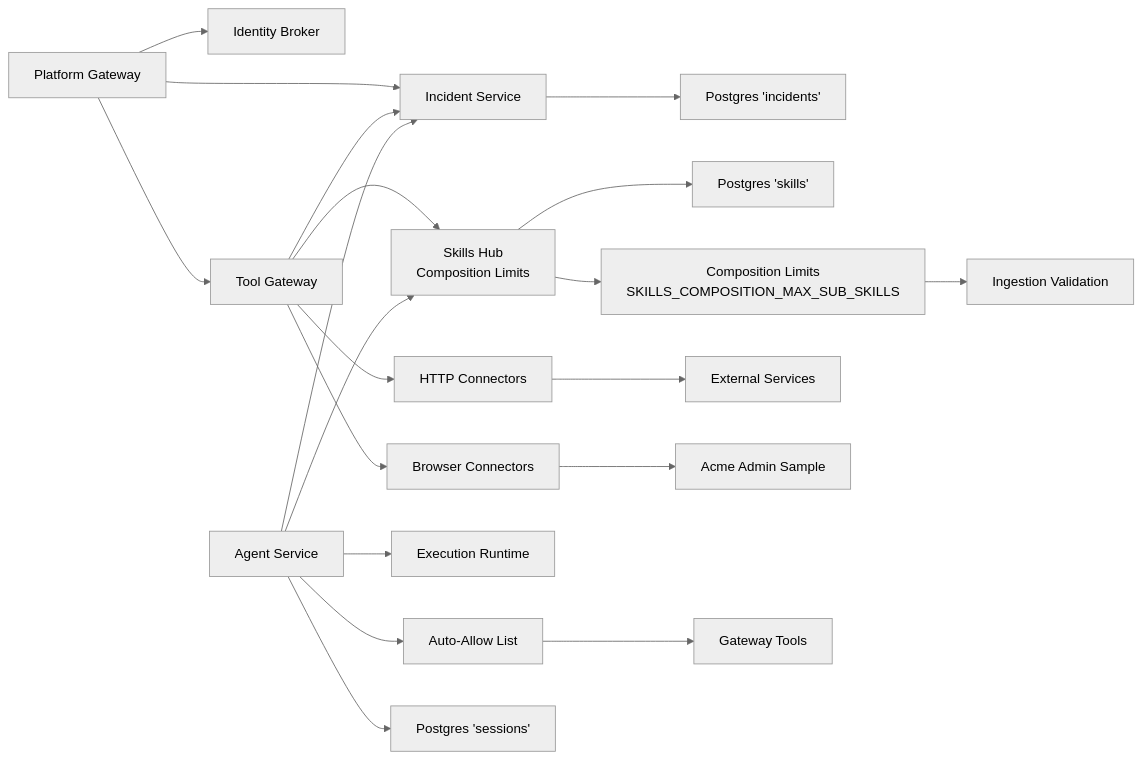
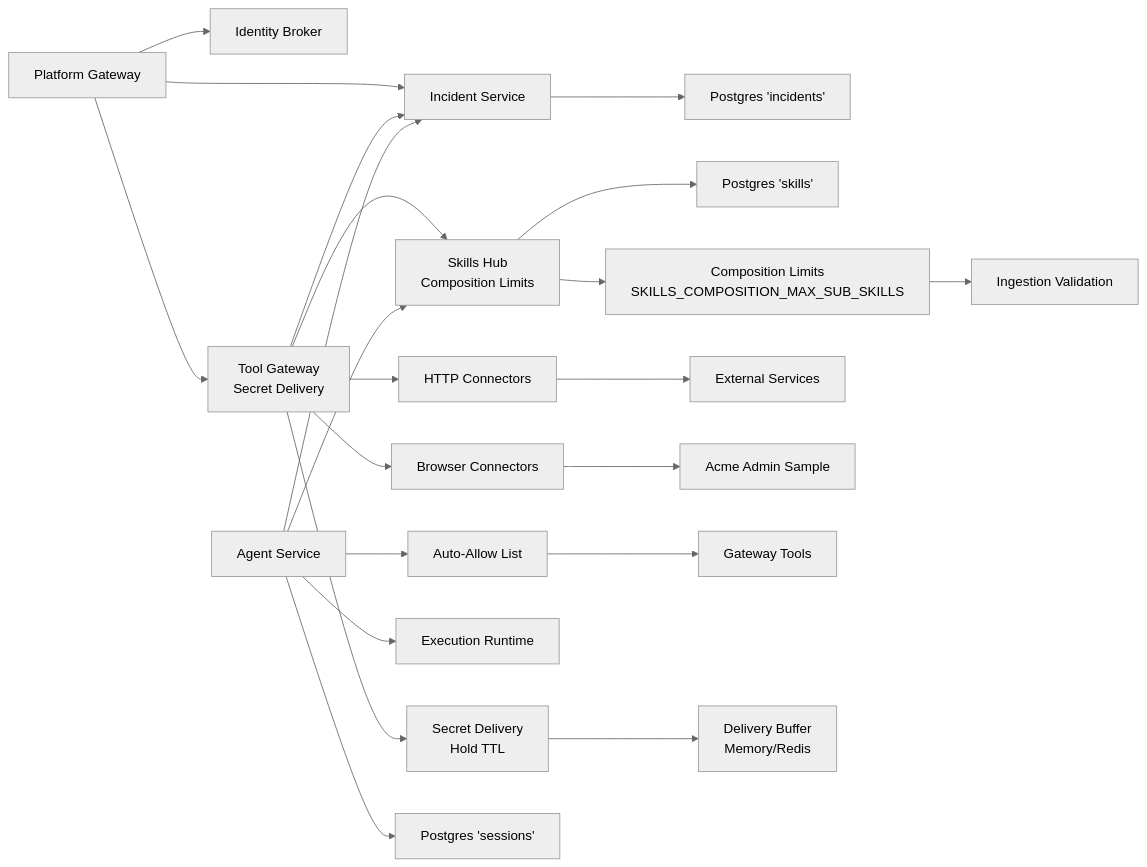
One commit to metasync/luban-aiops changed the fourth of 4 diagrams in .qoder/repowiki/en/content/Deployment and Operations/Configuration Management.md. Above: the diagram before and after it, drawn with Mermaid (neutral theme). The commit also changed other lines of this file and 56 other files, not shown here.

First line of the commit message:
docs: refresh repowiki knowledge cache (SPEC-062 secret delivery, v0.42.0)

````diff
--- a/.qoder/repowiki/en/content/Deployment and Operations/Configuration Management.md
+++ b/.qoder/repowiki/en/content/Deployment and Operations/Configuration Management.md
@@ -523,22 +636,24 @@
 ```mermaid
 graph LR
 PGW["Platform Gateway"] --> IB["Identity Broker"]
-PGW --> TG["Tool Gateway"]
+PGW --> TG["Tool Gateway<br/>Secret Delivery"]
 PGW --> IS["Incident Service"]
 TG --> IS
 TG --> SH["Skills Hub<br/>Composition Limits"]
 TG --> HTTP["HTTP Connectors"]
 TG --> BROWSER["Browser Connectors"]
+TG --> SECRET["Secret Delivery<br/>Hold TTL"]
 AG["Agent Service"] --> IS
 AG --> SH
 AG --> EXEC["Execution Runtime"]
 AG --> AUTOALLOW["Auto-Allow List"]
 IS --> DBI["Postgres 'incidents'"]
 SH --> DBS["Postgres 'skills'"]
 SH --> LIMITS["Composition Limits<br/>SKILLS_COMPOSITION_MAX_SUB_SKILLS"]
 AG --> DBA["Postgres 'sessions'"]
 HTTP --> External["External Services"]
 BROWSER --> ACME["Acme Admin Sample"]
 AUTOALLOW --> TOOLS["Gateway Tools"]
 LIMITS --> VALIDATION["Ingestion Validation"]
+SECRET --> BUFFER["Delivery Buffer<br/>Memory/Redis"]
 ```
````
